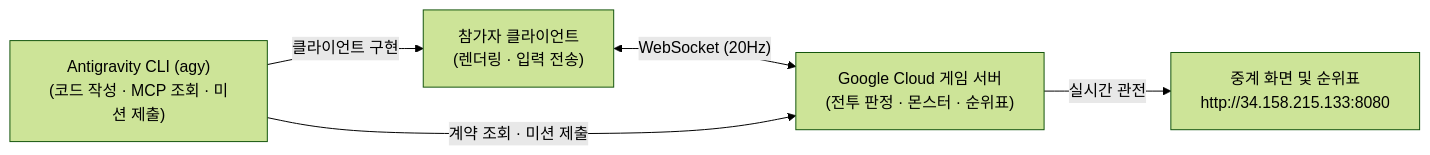
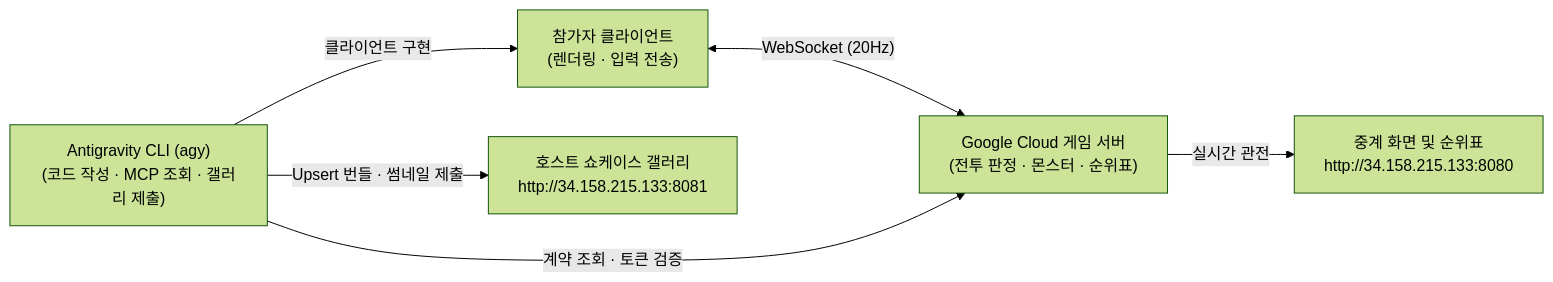
One commit to KennethanCeyer/build-beyond-limits changed the first of 2 diagrams in README.md. Above: the diagram before and after it, drawn with Mermaid (forest theme). The commit also changed other lines of this file and 13 other files, not shown here.

````diff
--- a/README.md
+++ b/README.md
@@ -21,7 +21,8 @@
 ```mermaid
 flowchart LR
   A["참가자 클라이언트\n(렌더링 · 입력 전송)"] <-->|"WebSocket (20Hz)"| B["Google Cloud 게임 서버\n(전투 판정 · 몬스터 · 순위표)"]
-  C["Antigravity CLI (agy)\n(코드 작성 · MCP 조회 · 미션 제출)"] -->|"클라이언트 구현"| A
-  C -->|"계약 조회 · 미션 제출"| B
+  C["Antigravity CLI (agy)\n(코드 작성 · MCP 조회 · 갤러리 제출)"] -->|"클라이언트 구현"| A
+  C -->|"계약 조회 · 토큰 검증"| B
+  C -->|"Upsert 번들 · 썸네일 제출"| G["호스트 쇼케이스 갤러리\nhttp://34.158.215.133:8081"]
   B -->|"실시간 관전"| D["중계 화면 및 순위표\nhttp://34.158.215.133:8080"]
 ```
````
